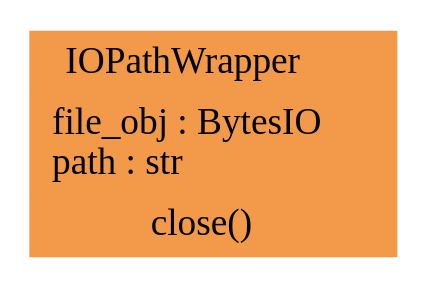
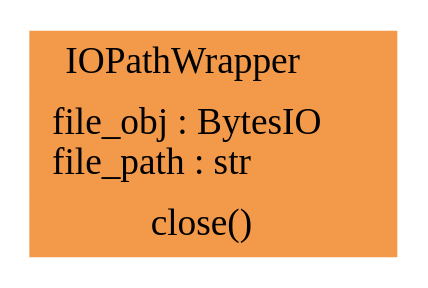
The diagram in docs/pyreverse/graphviz/classes_pythermondt.utils.gv (voidsy-gmbh/pyThermoNDT), drawn with Graphviz before and after one commit. The commit also changed 18 other files, not shown here.

```diff
--- a/docs/pyreverse/graphviz/classes_pythermondt.utils.gv
+++ b/docs/pyreverse/graphviz/classes_pythermondt.utils.gv
@@ -1,5 +1,5 @@
 digraph "classes_pythermondt.utils" {
 rankdir=BT
 charset="utf-8"
-"pythermondt.utils.io.IOPathWrapper" [color="#F2994A", fontcolor="black", label=<{IOPathWrapper|file_obj : BytesIO<br ALIGN="LEFT"/>path : str<br ALIGN="LEFT"/>|close()<br ALIGN="LEFT"/>}>, shape="record", style="filled"];
+"pythermondt.utils.io.IOPathWrapper" [color="#F2994A", fontcolor="black", label=<{IOPathWrapper|file_obj : BytesIO<br ALIGN="LEFT"/>file_path : str<br ALIGN="LEFT"/>|close()<br ALIGN="LEFT"/>}>, shape="record", style="filled"];
 }
```
